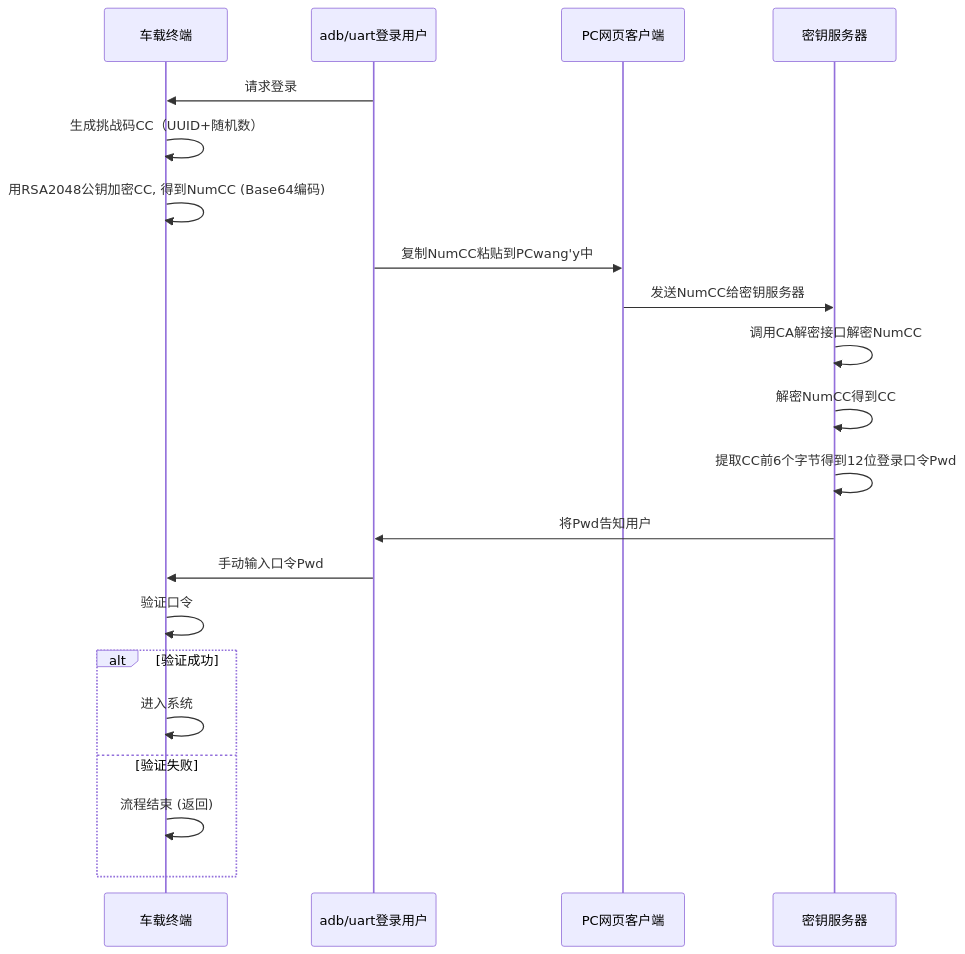
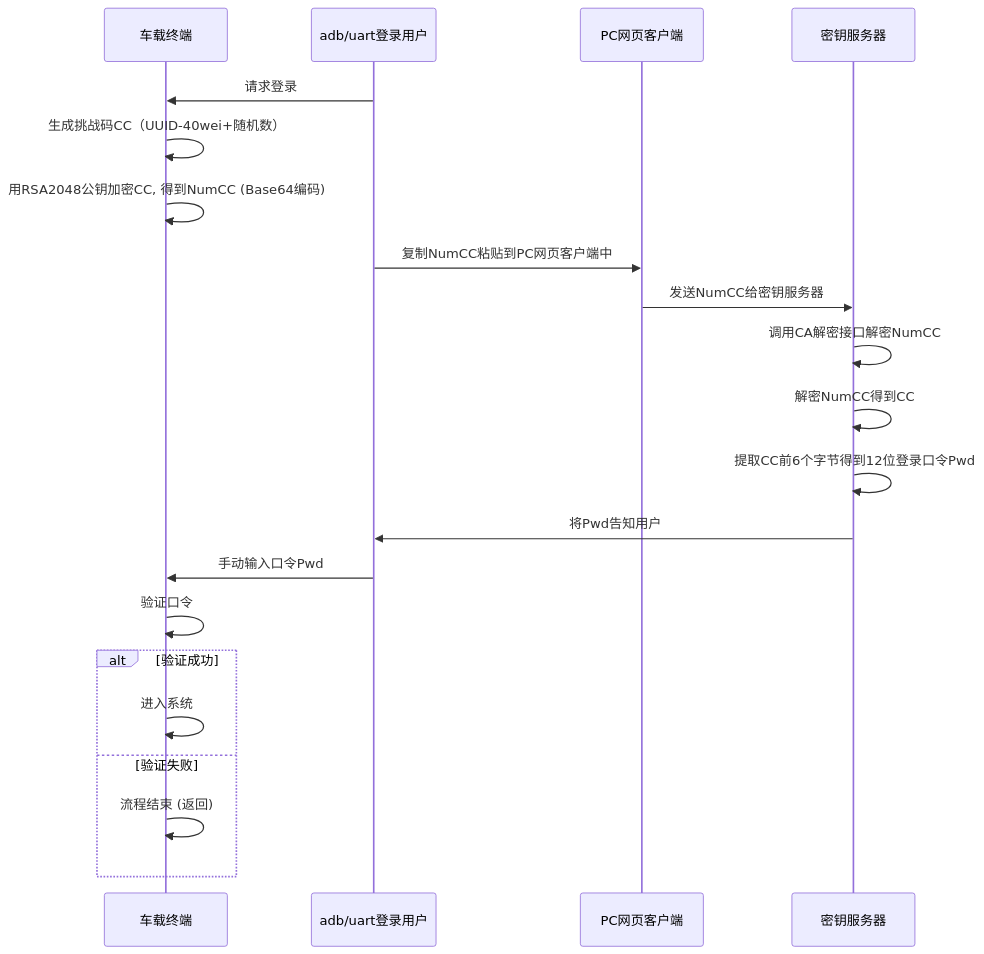
One commit to facebook-cloud/iodraw-files changed the diagram in all/未命名-14.md. Above: the diagram before and after it, drawn with Mermaid.

Commit message:
2026-02-03 13:29:12 update

````diff
--- a/all/未命名-14.md
+++ b/all/未命名-14.md
@@ -1,27 +1,27 @@
 ```mermaid
 sequenceDiagram
     participant tbox as 车载终端
     participant user as adb/uart登录用户
     participant pc as PC网页客户端
     participant tech_center as 密钥服务器
   
 
     user->>tbox: 请求登录
-    tbox->>tbox: 生成挑战码CC（UUID+随机数）
+    tbox->>tbox: 生成挑战码CC（UUID-40wei+随机数）
     tbox->>tbox: 用RSA2048公钥加密CC, 得到NumCC (Base64编码)
-    user->>pc: 复制NumCC粘贴到PCwang'y中
+    user->>pc: 复制NumCC粘贴到PC网页客户端中
     pc->>tech_center: 发送NumCC给密钥服务器
     tech_center->>tech_center: 调用CA解密接口解密NumCC
     tech_center->>tech_center: 解密NumCC得到CC
     tech_center->>tech_center: 提取CC前6个字节得到12位登录口令Pwd
     tech_center->>user: 将Pwd告知用户
     user->>tbox: 手动输入口令Pwd
     tbox->>tbox: 验证口令
     alt 验证成功
         tbox->>tbox: 进入系统
     else 验证失败
         tbox->>tbox: 流程结束 (返回)
     end
 
 
 ```
````
